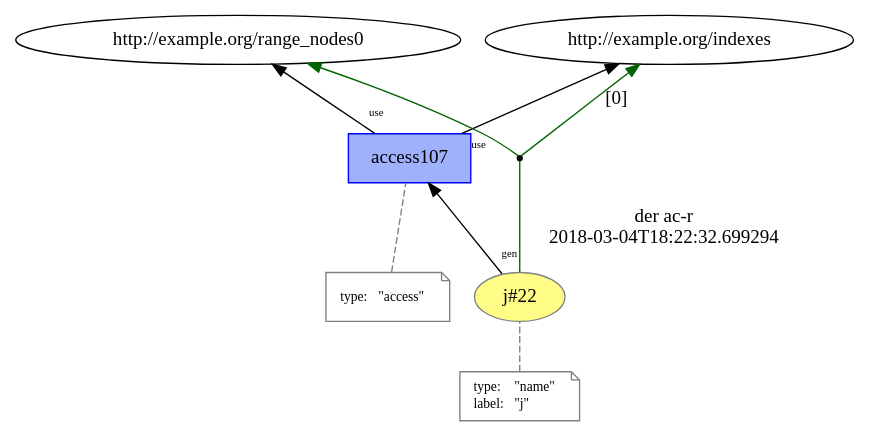
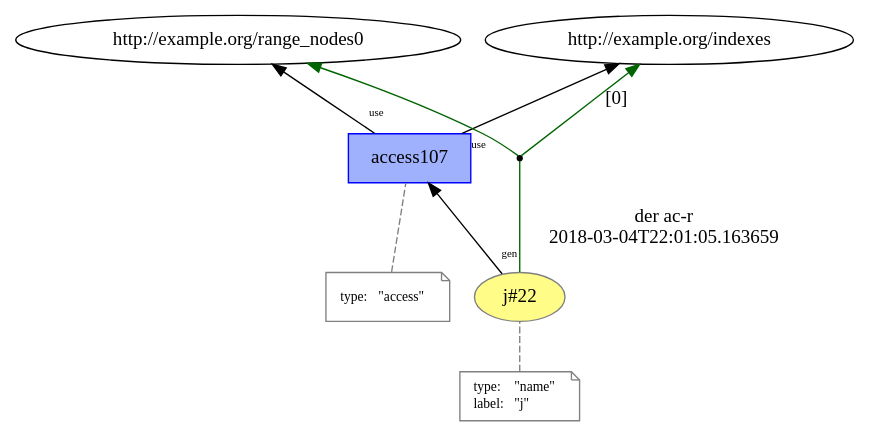
Before and after one commit to dew-uff/versioned-prov: the diagram in images/intertwined_prov/temp/L13__loop_access_22.dot, drawn with Graphviz. The commit also changed 368 other files, not shown here.

```diff
--- a/images/intertwined_prov/temp/L13__loop_access_22.dot
+++ b/images/intertwined_prov/temp/L13__loop_access_22.dot
@@ -1,30 +1,30 @@
 digraph "PROV" { size="16,12"; rankdir="BT";
 "http://example.org/j#22" [fillcolor="#FFFC87",color="#808080",style="filled",label="j#22",URL="http://example.org/j#22"]
 "-attrs0" [color="gray",shape="note",fontsize="10",fontcolor="black",label=<<TABLE cellpadding="0" border="0">
 	<TR>
 	    <TD align="left">type:</TD>
 	    <TD align="left">&quot;name&quot;</TD>
 	</TR>
 	<TR>
 	    <TD align="left">label:</TD>
 	    <TD align="left">&quot;j&quot;</TD>
 	</TR>
 </TABLE>>]
 "-attrs0" -> "http://example.org/j#22" [color="gray",style="dashed",arrowhead="none"]
 "http://example.org/access107" [fillcolor="#9FB1FC",color="#0000FF",shape="polygon",sides="4",style="filled",label="access107",URL="http://example.org/access107"]
 "-attrs1" [color="gray",shape="note",fontsize="10",fontcolor="black",label=<<TABLE cellpadding="0" border="0">
 	<TR>
 	    <TD align="left">type:</TD>
 	    <TD align="left">&quot;access&quot;</TD>
 	</TR>
 </TABLE>>]
 "-attrs1" -> "http://example.org/access107" [color="gray",style="dashed",arrowhead="none"]
 "http://example.org/access107" -> "http://example.org/range_nodes0" [labelfontsize="8",labeldistance="1.5",labelangle="60.0",rotation="20",taillabel="use"]
 "bn0" [shape="point",label=""]
 "http://example.org/j#22" -> "bn0" [arrowhead="none",color="darkgreen",label="der ac-r
-2018-03-04T18:22:32.699294"]
+2018-03-04T22:01:05.163659"]
 "bn0" -> "http://example.org/indexes" [labelfontsize="8",labeldistance="1.5",color="darkgreen",labelangle="60.0",rotation="20",label="[0]"]
 "bn0" -> "http://example.org/range_nodes0" [color="darkgreen"]
 "http://example.org/j#22" -> "http://example.org/access107" [labelfontsize="8",labeldistance="1.5",labelangle="60.0",rotation="20",taillabel="gen"]
 "http://example.org/access107" -> "http://example.org/indexes" [labelfontsize="8",labeldistance="1.5",labelangle="60.0",rotation="20",taillabel="use"]
 }
```
